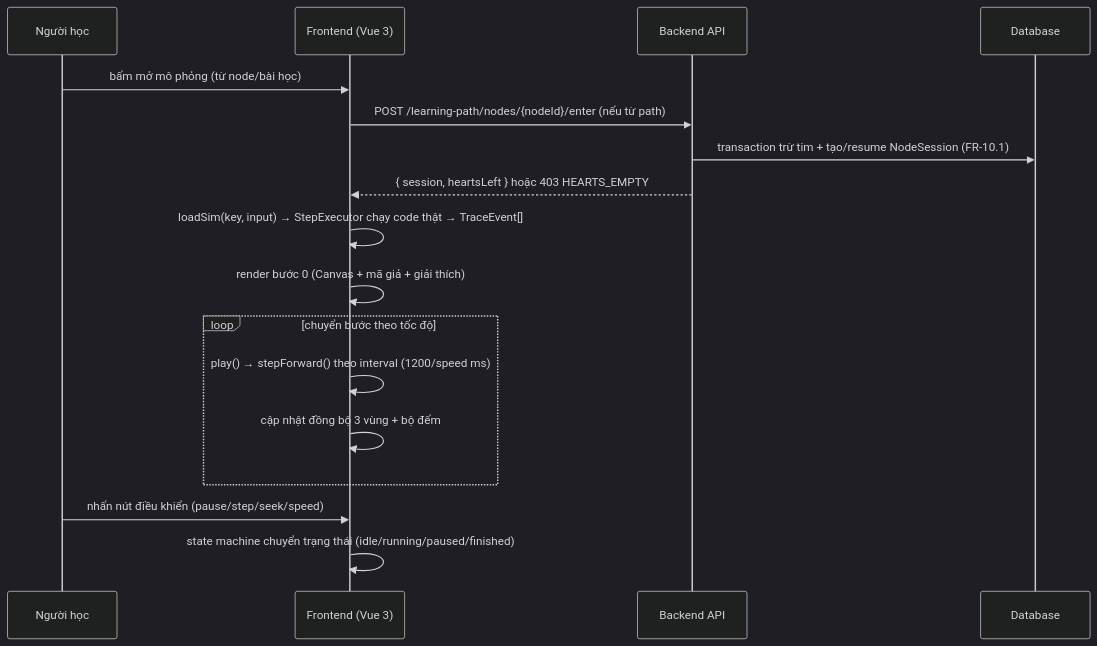
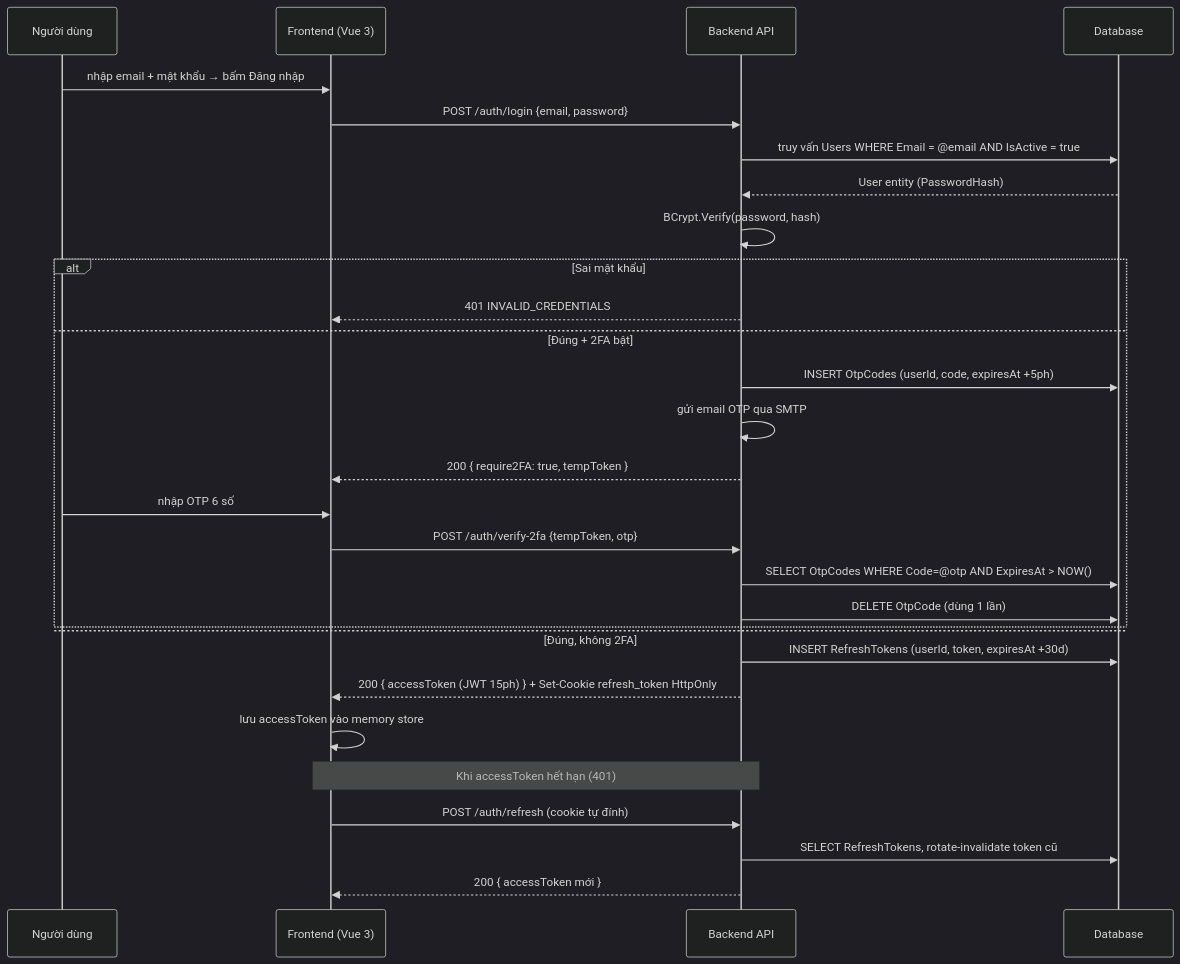
One commit to Tqson3118/Visualization changed the eighth of 19 diagrams in tailieu/BAO_CAO.md. Above: the diagram before and after it, drawn with Mermaid (dark theme). The commit also changed other lines of this file and 1 other file, not shown here.

Commit message:
docs: add 8 sequence + 4 activity diagrams to BAO_CAO (Mermaid, sections 5.4.3-5.4.4)

````diff
--- a/tailieu/BAO_CAO.md
+++ b/tailieu/BAO_CAO.md
@@ -1642,20 +753,32 @@
 ```mermaid
 sequenceDiagram
-    participant H as Người học
+    participant U as Người dùng
     participant SPA as Frontend (Vue 3)
     participant API as Backend API
     participant DB as Database
 
-    H->>SPA: bấm mở mô phỏng (từ node/bài học)
-    SPA->>API: POST /learning-path/nodes/{nodeId}/enter (nếu từ path)
-    API->>DB: transaction trừ tim + tạo/resume NodeSession (FR-10.1)
-    API-->>SPA: { session, heartsLeft } hoặc 403 HEARTS_EMPTY
-    SPA->>SPA: loadSim(key, input) → StepExecutor chạy code thật → TraceEvent[]
-    SPA->>SPA: render bước 0 (Canvas + mã giả + giải thích)
-    Loop chuyển bước theo tốc độ
-        SPA->>SPA: play() → stepForward() theo interval (1200/speed ms)
-        SPA->>SPA: cập nhật đồng bộ 3 vùng + bộ đếm
-    End
-    H->>SPA: nhấn nút điều khiển (pause/step/seek/speed)
-    SPA->>SPA: state machine chuyển trạng thái (idle/running/paused/finished)
+    U->>SPA: nhập email + mật khẩu → bấm Đăng nhập
+    SPA->>API: POST /auth/login {email, password}
+    API->>DB: truy vấn Users WHERE Email = @email AND IsActive = true
+    DB-->>API: User entity (PasswordHash)
+    API->>API: BCrypt.Verify(password, hash)
+    alt Sai mật khẩu
+        API-->>SPA: 401 INVALID_CREDENTIALS
+    else Đúng + 2FA bật
+        API->>DB: INSERT OtpCodes (userId, code, expiresAt +5ph)
+        API->>API: gửi email OTP qua SMTP
+        API-->>SPA: 200 { require2FA: true, tempToken }
+        U->>SPA: nhập OTP 6 số
+        SPA->>API: POST /auth/verify-2fa {tempToken, otp}
+        API->>DB: SELECT OtpCodes WHERE Code=@otp AND ExpiresAt > NOW()
+        API->>DB: DELETE OtpCode (dùng 1 lần)
+    else Đúng, không 2FA
+    end
+    API->>DB: INSERT RefreshTokens (userId, token, expiresAt +30d)
+    API-->>SPA: 200 { accessToken (JWT 15ph) } + Set-Cookie refresh_token HttpOnly
+    SPA->>SPA: lưu accessToken vào memory store
+    Note over SPA,API: Khi accessToken hết hạn (401)
+    SPA->>API: POST /auth/refresh (cookie tự đính)
+    API->>DB: SELECT RefreshTokens, rotate-invalidate token cũ
+    API-->>SPA: 200 { accessToken mới }
 ```
````
